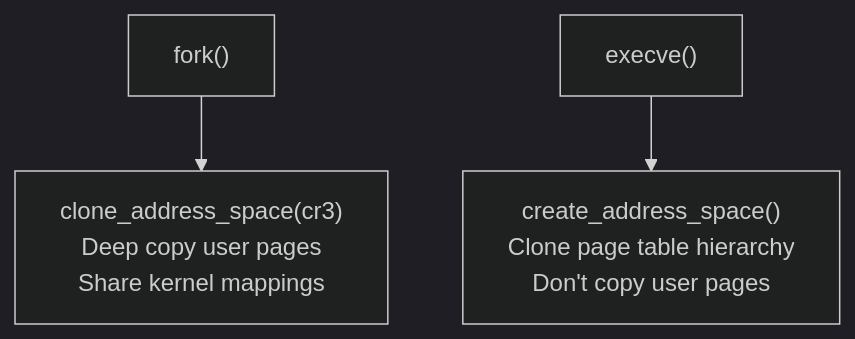
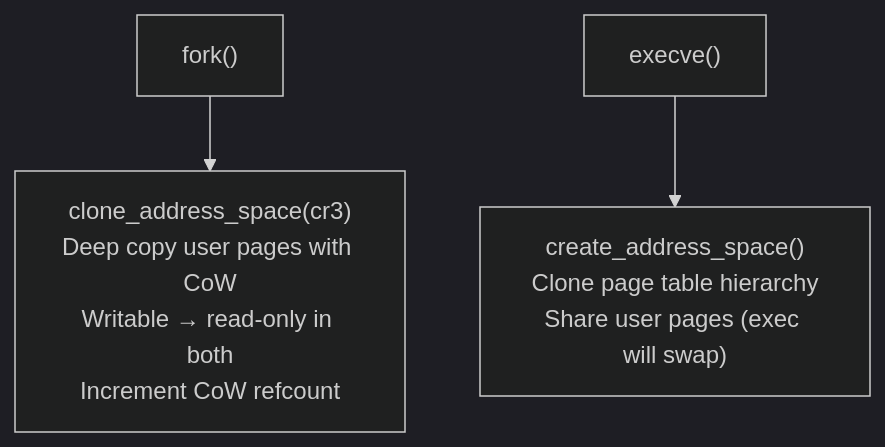
Before and after one commit to KitsuneBSD/FKernel: the seventh of 8 diagrams in Docs/Domains/memory-management-guide.md, drawn with Mermaid (dark theme). The commit also changed other lines of this file and 15 other files, not shown here.

Commit message:
docs: update TODO.md and architecture documentation for session 12

````diff
--- a/Docs/Domains/memory-management-guide.md
+++ b/Docs/Domains/memory-management-guide.md
@@ -189,10 +221,10 @@
 ```mermaid
 flowchart TD
     FORK["fork()"]
-    CLONE_DEEP["clone_address_space(cr3)<br/>Deep copy user pages<br/>Share kernel mappings"]
+    CLONE_DEEP["clone_address_space(cr3)<br/>Deep copy user pages with CoW<br/>Writable → read-only in both<br/>Increment CoW refcount"]
     EXEC["execve()"]
-    CLONE_SHALLOW["create_address_space()<br/>Clone page table hierarchy<br/>Don't copy user pages"]
+    CLONE_SHALLOW["create_address_space()<br/>Clone page table hierarchy<br/>Share user pages (exec will swap)"]
 
     FORK --> CLONE_DEEP
     EXEC --> CLONE_SHALLOW
 ```
````
